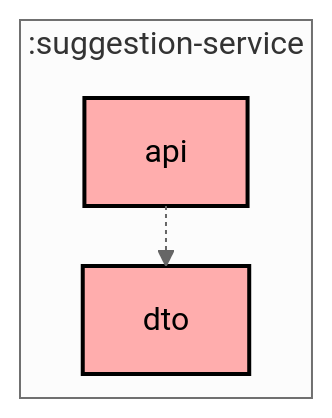
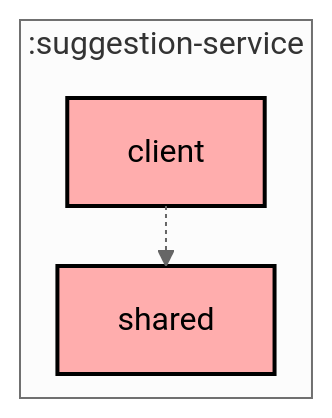
The diagram in suggestion-service/client/README.md (Norby99/munchies), drawn with Mermaid (neutral theme) before and after one commit. The commit also changed 38 other files, not shown here.

````diff
--- a/suggestion-service/client/README.md
+++ b/suggestion-service/client/README.md
@@ -6,18 +6,18 @@
 ```mermaid
 ---
 config:
   layout: elk
   elk:
     nodePlacementStrategy: SIMPLE
 ---
 graph TB
   subgraph :suggestion-service
     direction TB
-    :suggestion-service:api[api]:::unknown
-    :suggestion-service:dto[dto]:::unknown
+    :suggestion-service:client[client]:::unknown
+    :suggestion-service:shared[shared]:::unknown
   end
 
-  :suggestion-service:api -.-> :suggestion-service:dto
+  :suggestion-service:client -.-> :suggestion-service:shared
 
 classDef unknown fill:#FFADAD,stroke:#000,stroke-width:2px,color:#000;
 ```
````
